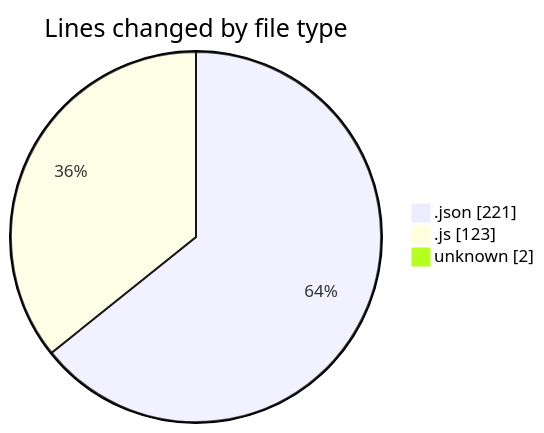
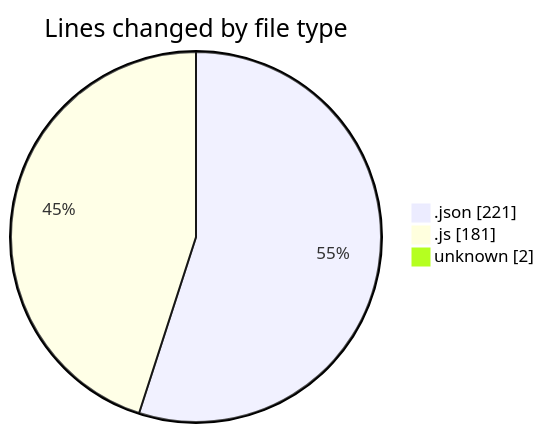
The first of 2 diagrams in 2026-08-01/mono-test/README.md (yexinjia/code-tracking), drawn with Mermaid before and after one commit. The commit also changed other lines of this file and 1 other file, not shown here.

````diff
--- a/2026-08-01/mono-test/README.md
+++ b/2026-08-01/mono-test/README.md
@@ -22,7 +22,7 @@
 ```mermaid
 pie showData
 title Lines changed by file type
 ".json" : 221
-".js" : 123
+".js" : 181
 "unknown" : 2
 ```
````
